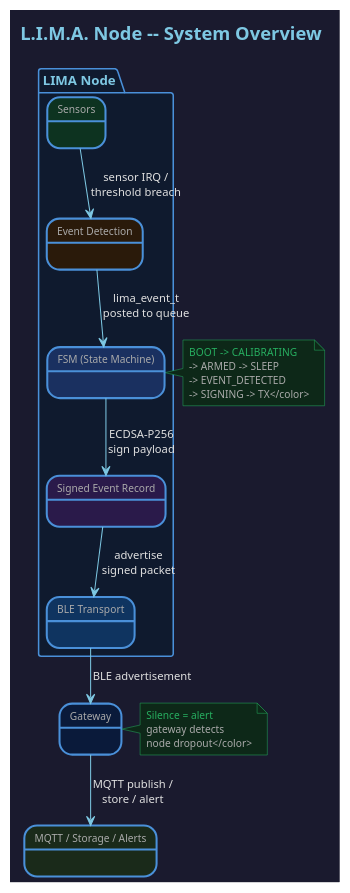
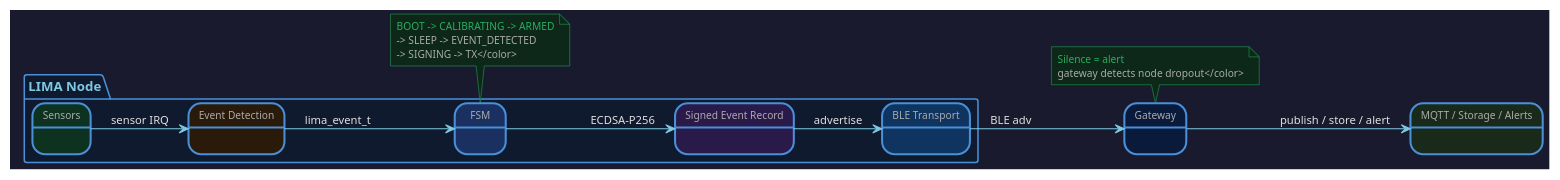
The diagram in docs/architecture/overview-h.puml (jknoxdev/lima-node), drawn with PlantUML before and after one commit.

Commit message:
feat(overview): init for h view

```diff
--- a/docs/architecture/overview-h.puml
+++ b/docs/architecture/overview-h.puml
@@ -1,63 +1,62 @@
 @startuml overview
 !pragma layout smetana
 allowmixing
+left to right direction
 
 skinparam {
     BackgroundColor #1a1a2e
     ArrowColor #7EC8E3
     ArrowFontColor #CCCCCC
     ArrowFontSize 10
     DefaultFontName Arial
     DefaultFontColor #E0E0E0
     DefaultFontSize 11
     StateBorderColor #4A90D9
     StateBorderThickness 2
     StateBackgroundColor #0f3460
     StateFontColor #FFFFFF
     StateFontSize 12
     StateAttributeFontColor #AAAAAA
     StateAttributeFontSize 10
     NoteBackgroundColor #0D2818
     NoteBorderColor #27AE60
     NoteFontColor #AAAAAA
     NoteFontSize 10
     PackageBorderColor #4A90D9
     PackageBackgroundColor #0f1a2e
     PackageFontColor #7EC8E3
     PackageFontSize 13
+    nodesep 18
+    ranksep 34
 }
-
-title <size:18><color:#7EC8E3><b>L.I.M.A. Node -- System Overview</b></color></size>
 
 package "LIMA Node" {
     state "Sensors" as sensors #0D3320
     state "Event Detection" as detect #2a1a0a
-    state "FSM (State Machine)" as fsm #1a3060
+    state "FSM" as fsm #1a3060
     state "Signed Event Record" as packet #2a1a4a
     state "BLE Transport" as ble #0f3460
 }
 
 state "Gateway" as gw #0a1a3a
 state "MQTT / Storage / Alerts" as backend #1a2a1a
 
-sensors --> detect : sensor IRQ /\nthreshold breach
-detect --> fsm : lima_event_t\nposted to queue
-fsm --> packet : ECDSA-P256\nsign payload
-packet --> ble : advertise\nsigned packet
-ble --> gw : BLE advertisement
-gw --> backend : MQTT publish /\nstore / alert
+sensors --> detect : sensor IRQ
+detect --> fsm : lima_event_t
+fsm --> packet : ECDSA-P256
+packet --> ble : advertise
+ble --> gw : BLE adv
+gw --> backend : publish / store / alert
 
-note right of fsm
-  <color:#27AE60>BOOT -> CALIBRATING
-  -> ARMED -> SLEEP
-  -> EVENT_DETECTED
+note bottom of fsm
+  <color:#27AE60>BOOT -> CALIBRATING -> ARMED
+  -> SLEEP -> EVENT_DETECTED
   -> SIGNING -> TX</color>
 end note
 
-note right of gw
+note top of gw
   <color:#27AE60>Silence = alert
-  gateway detects
-  node dropout</color>
+  gateway detects node dropout</color>
 end note
 
 @enduml
```
